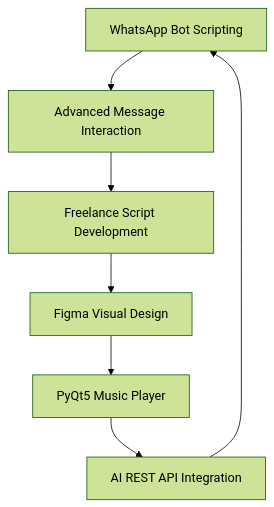
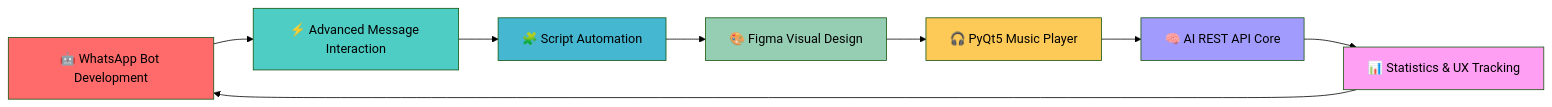
The second of 2 diagrams in README.md (redsilence-sfx/sfx), drawn with Mermaid (forest theme) before and after one commit. The commit also changed other lines of this file, not shown here.

````diff
--- a/README.md
+++ b/README.md
@@ -154,9 +363,18 @@
 ```mermaid
-graph TD
-    A[WhatsApp Bot Scripting] --> B[Advanced Message Interaction]
-    B --> C[Freelance Script Development]
-    C --> D[Figma Visual Design]
-    D --> E[PyQt5 Music Player]
-    E --> F[AI REST API Integration]
-    F --> A
+graph LR
+    A[🤖 WhatsApp Bot Development] --> B[⚡ Advanced Message Interaction]
+    B --> C[🧩 Script Automation]
+    C --> D[🎨 Figma Visual Design]
+    D --> E[🎧 PyQt5 Music Player]
+    E --> F[🧠 AI REST API Core]
+    F --> G[📊 Statistics & UX Tracking]
+    G --> A
+
+    style A fill:#ff6b6b
+    style B fill:#4ecdc4
+    style C fill:#45b7d1
+    style D fill:#96ceb4
+    style E fill:#feca57
+    style F fill:#a29bfe
+    style G fill:#ff9ff3
 ```
````
